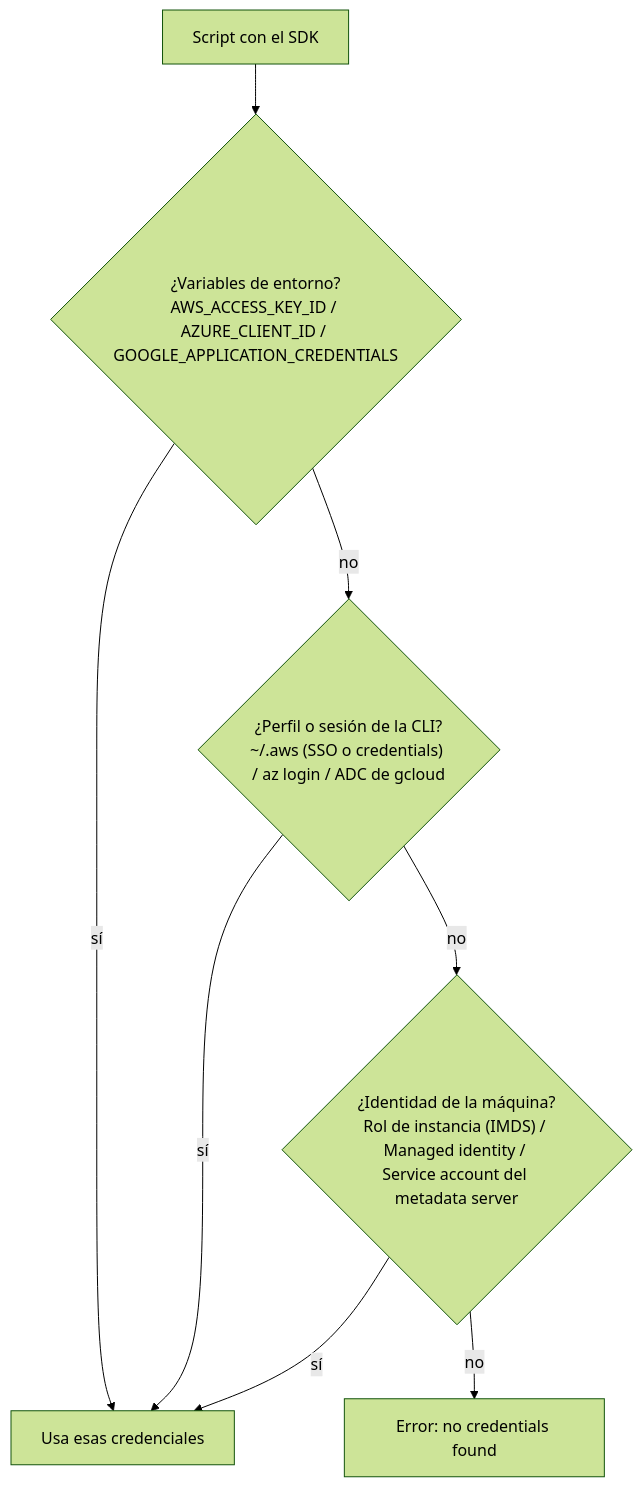
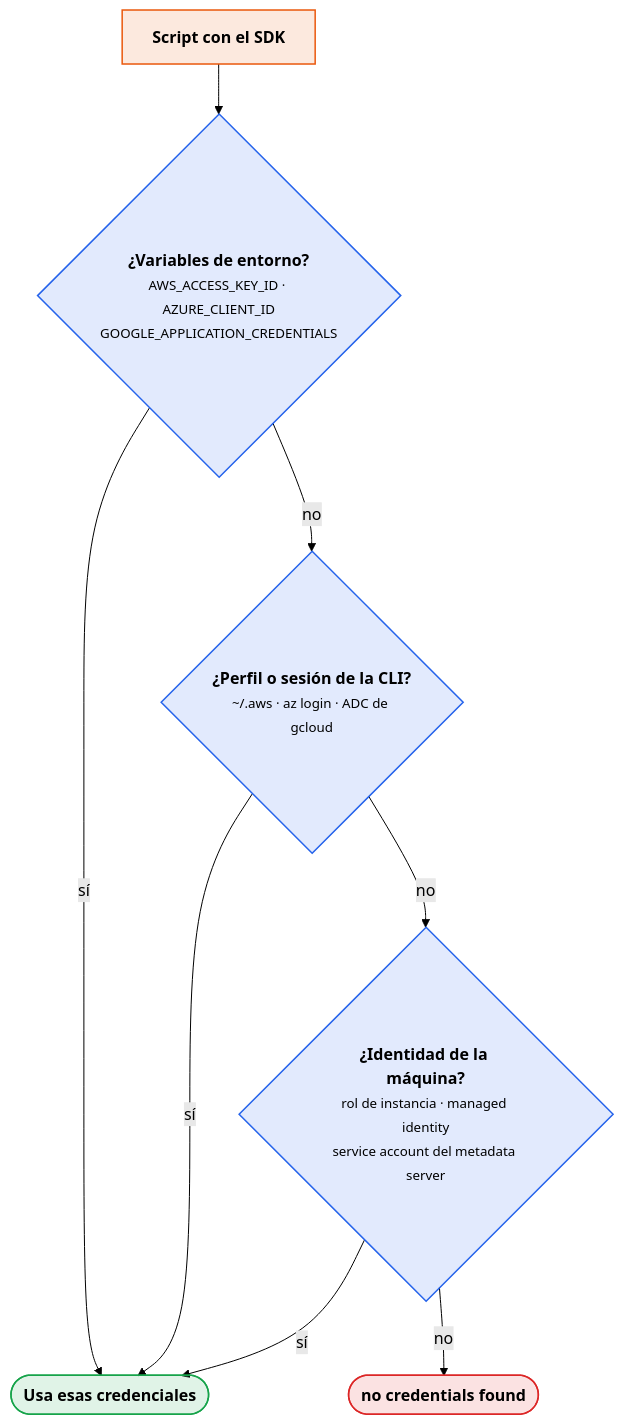
One commit to victor-educ/apuntes-5166 changed the fifth of 5 diagrams in docs/ut/ut4-nube-publica.md. Above: the diagram before and after it, drawn with Mermaid (forest theme). The commit also changed other lines of this file and 12 other files, not shown here.

First line of the commit message:
Temporalización definitiva, gramática visual y diagramas en todas las unidades

````diff
--- a/docs/ut/ut4-nube-publica.md
+++ b/docs/ut/ut4-nube-publica.md
@@ -813,10 +886,22 @@
 ```mermaid
 flowchart TD
-    A["Script con el SDK"] --> B{"¿Variables de entorno?<br/>AWS_ACCESS_KEY_ID / AZURE_CLIENT_ID / GOOGLE_APPLICATION_CREDENTIALS"}
-    B -- sí --> Z["Usa esas credenciales"]
-    B -- no --> C{"¿Perfil o sesión de la CLI?<br/>~/.aws (SSO o credentials) / az login / ADC de gcloud"}
+    A["<b>Script con el SDK</b>"]:::act
+    B{"<b>¿Variables de entorno?</b><br><small>AWS_ACCESS_KEY_ID · AZURE_CLIENT_ID<br>GOOGLE_APPLICATION_CREDENTIALS</small>"}:::dato
+    C{"<b>¿Perfil o sesión de la CLI?</b><br><small>~/.aws · az login · ADC de gcloud</small>"}:::dato
+    D{"<b>¿Identidad de la máquina?</b><br><small>rol de instancia · managed identity<br>service account del metadata server</small>"}:::dato
+    Z(["<b>Usa esas credenciales</b>"]):::ok
+    E(["<b>no credentials found</b>"]):::riesgo
+    A --> B
+    B -- sí --> Z
+    B -- no --> C
     C -- sí --> Z
-    C -- no --> D{"¿Identidad de la máquina?<br/>Rol de instancia (IMDS) / Managed identity / Service account del metadata server"}
+    C -- no --> D
     D -- sí --> Z
-    D -- no --> E["Error: no credentials found"]
+    D -- no --> E
+    classDef act fill:#ea580c22,stroke:#ea580c,stroke-width:1.5px
+    classDef pieza fill:#64748b22,stroke:#64748b,stroke-width:1.5px
+    classDef dato fill:#2563eb22,stroke:#2563eb,stroke-width:1.5px
+    classDef infra fill:#a1a1aa14,stroke:#a1a1aa,stroke-width:1.5px
+    classDef ok fill:#16a34a22,stroke:#16a34a,stroke-width:1.5px
+    classDef riesgo fill:#dc262622,stroke:#dc2626,stroke-width:1.5px
 ```
````
